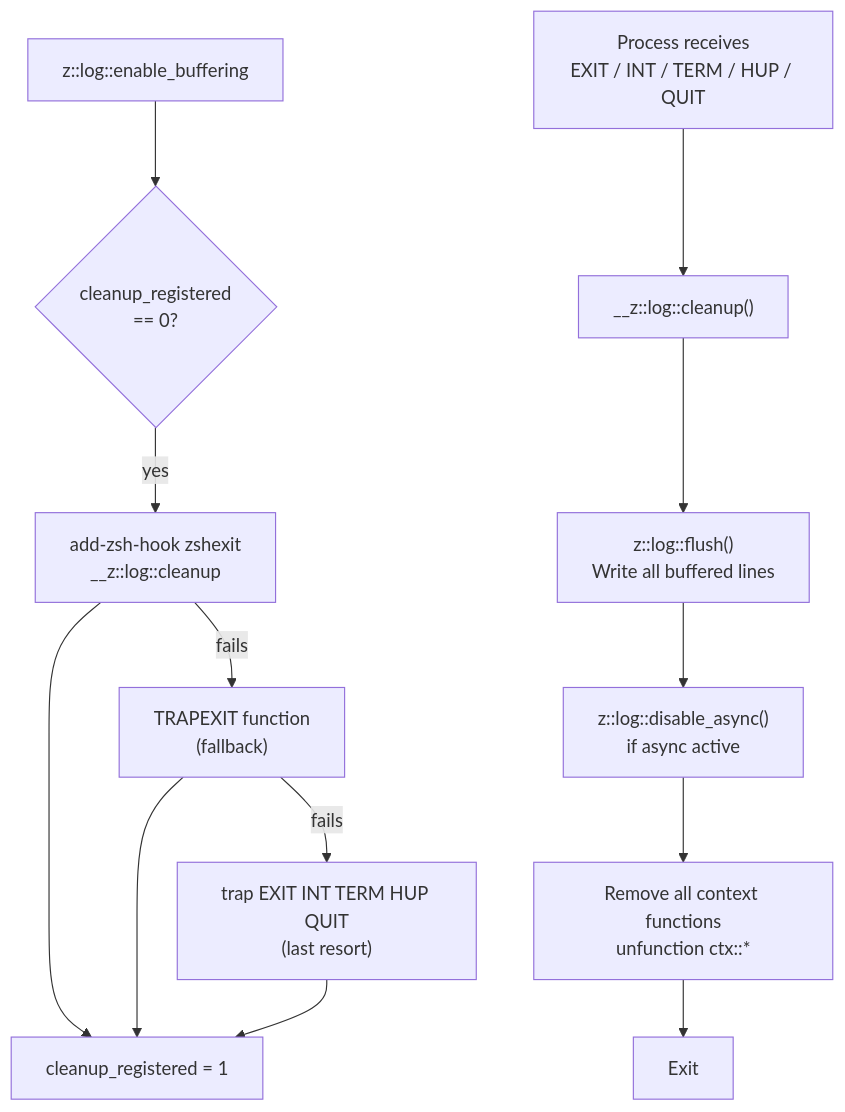
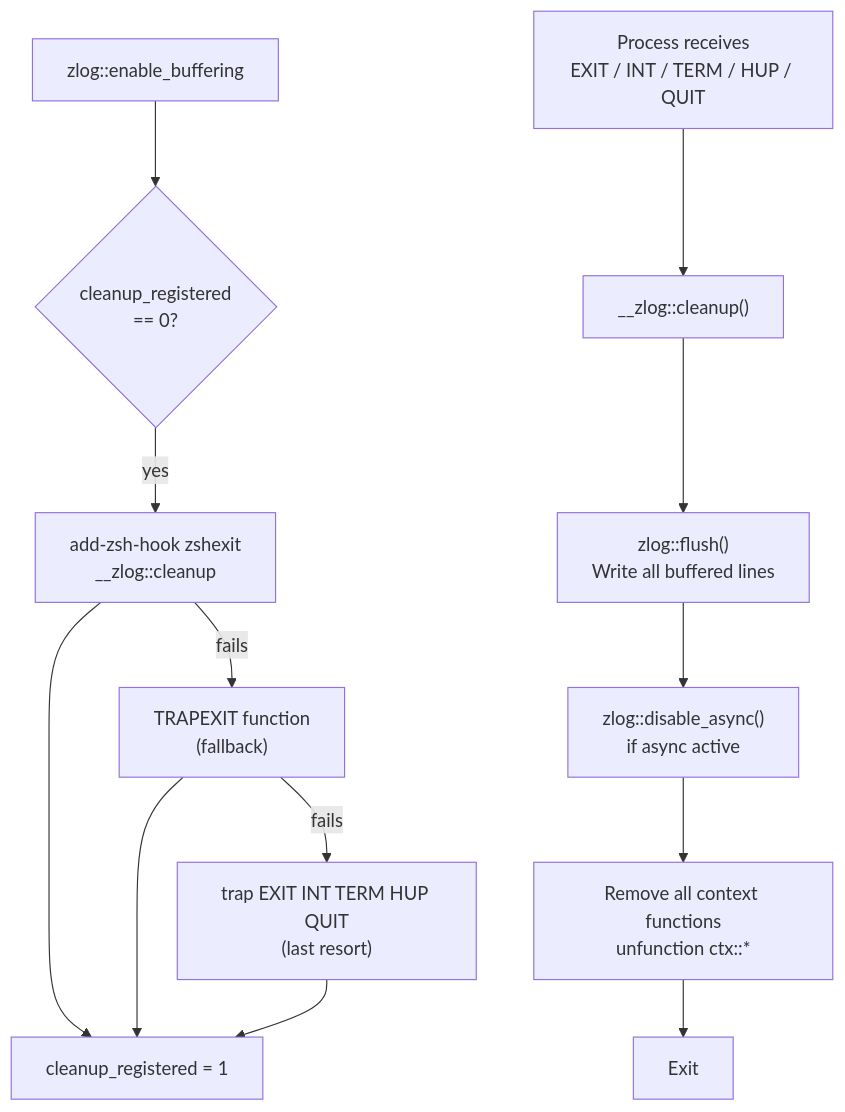
Diagram 18 of 20 in docs/architecture.md (Khodaparastan/zsh-log), drawn with Mermaid before and after one commit. The commit also changed other lines of this file and 14 other files, not shown here.

First line of the commit message:
update function prefixes from z::log:: to zlog:: in documentation and examples

````diff
--- a/docs/architecture.md
+++ b/docs/architecture.md
@@ -878,25 +878,25 @@
 ```mermaid
 flowchart TD
-    Enable["z::log::enable_buffering"]
+    Enable["zlog::enable_buffering"]
     Register{"cleanup_registered\n== 0?"}
-    Hook1["add-zsh-hook zshexit\n__z::log::cleanup"]
+    Hook1["add-zsh-hook zshexit\n__zlog::cleanup"]
     Hook2["TRAPEXIT function\n(fallback)"]
     Hook3["trap EXIT INT TERM HUP QUIT\n(last resort)"]
     Mark["cleanup_registered = 1"]
 
     Signal["Process receives\nEXIT / INT / TERM / HUP / QUIT"]
-    Cleanup["__z::log::cleanup()"]
-    Flush["z::log::flush()\nWrite all buffered lines"]
-    AsyncStop["z::log::disable_async()\nif async active"]
+    Cleanup["__zlog::cleanup()"]
+    Flush["zlog::flush()\nWrite all buffered lines"]
+    AsyncStop["zlog::disable_async()\nif async active"]
     CtxClean["Remove all context functions\nunfunction ctx::*"]
     Done["Exit"]
 
     Enable --> Register
     Register -->|yes| Hook1
     Hook1 -->|fails| Hook2
     Hook2 -->|fails| Hook3
     Hook1 & Hook2 & Hook3 --> Mark
 
     Signal --> Cleanup
     Cleanup --> Flush --> AsyncStop --> CtxClean --> Done
 ```
````
